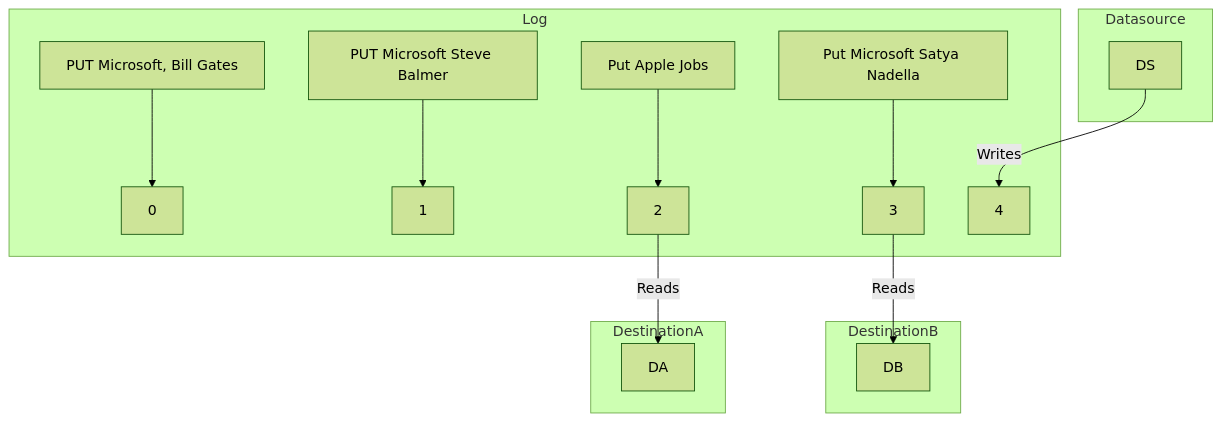
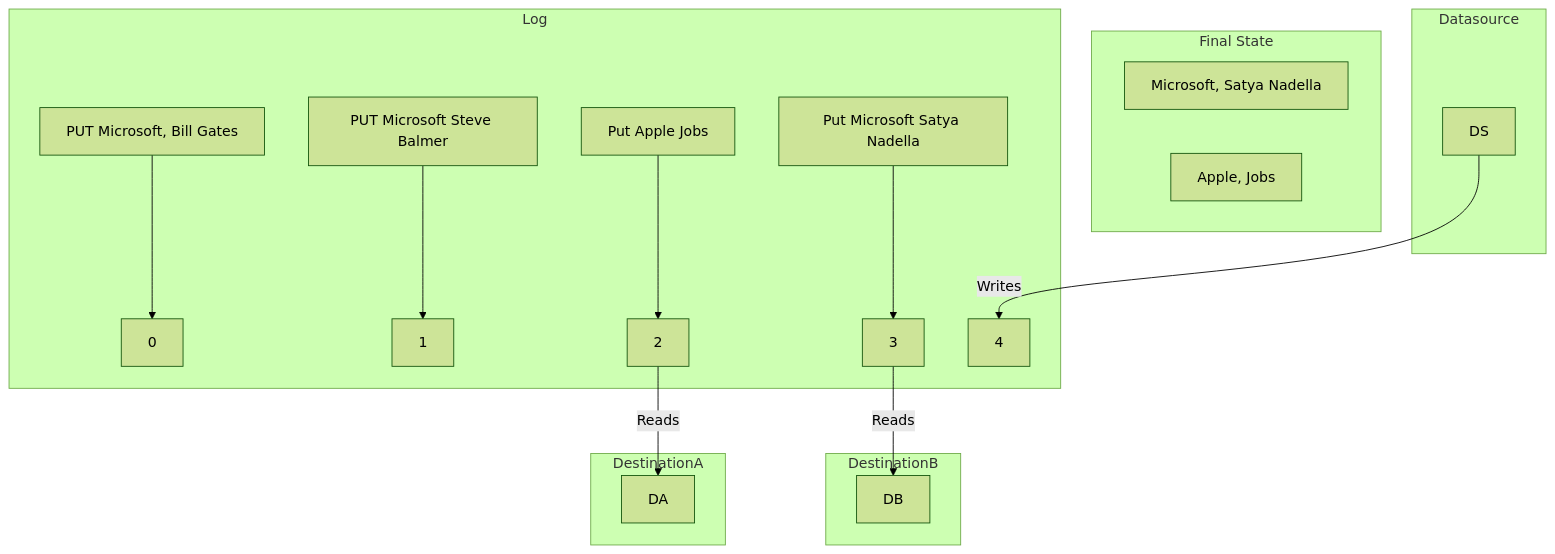
One commit to vikrampawar/learn-kafka changed the sixth of 9 diagrams in pages/ILoveLogsApacheKafkaAndRealTimeDataIntegration.md. Above: the diagram before and after it, drawn with Mermaid (forest theme). The commit also changed other lines of this file, not shown here.

````diff
--- a/pages/ILoveLogsApacheKafkaAndRealTimeDataIntegration.md
+++ b/pages/ILoveLogsApacheKafkaAndRealTimeDataIntegration.md
@@ -342,30 +332,35 @@
 ```mermaid
 flowchart TD
     F[PUT Microsoft, Bill Gates]
     0
     1
     2
     3
     4
 
     subgraph Datasource
         DS
     end
     subgraph DestinationB
         DB
     end
     subgraph DestinationA
         DA
     end
 
     subgraph Log
         F --> 0
         N1[PUT Microsoft Steve Balmer] --> 1
         N2[Put Apple Jobs] --> 2
         2 --> |Reads | DA
         N3[Put Microsoft Satya Nadella] --> 3
         3 --> |Reads | DB
         DS --> |Writes | 4
 
     end
+
+    subgraph Final State
+      M1[Microsoft, Satya Nadella]
+      A1[Apple, Jobs]
+    end
 ```
````
